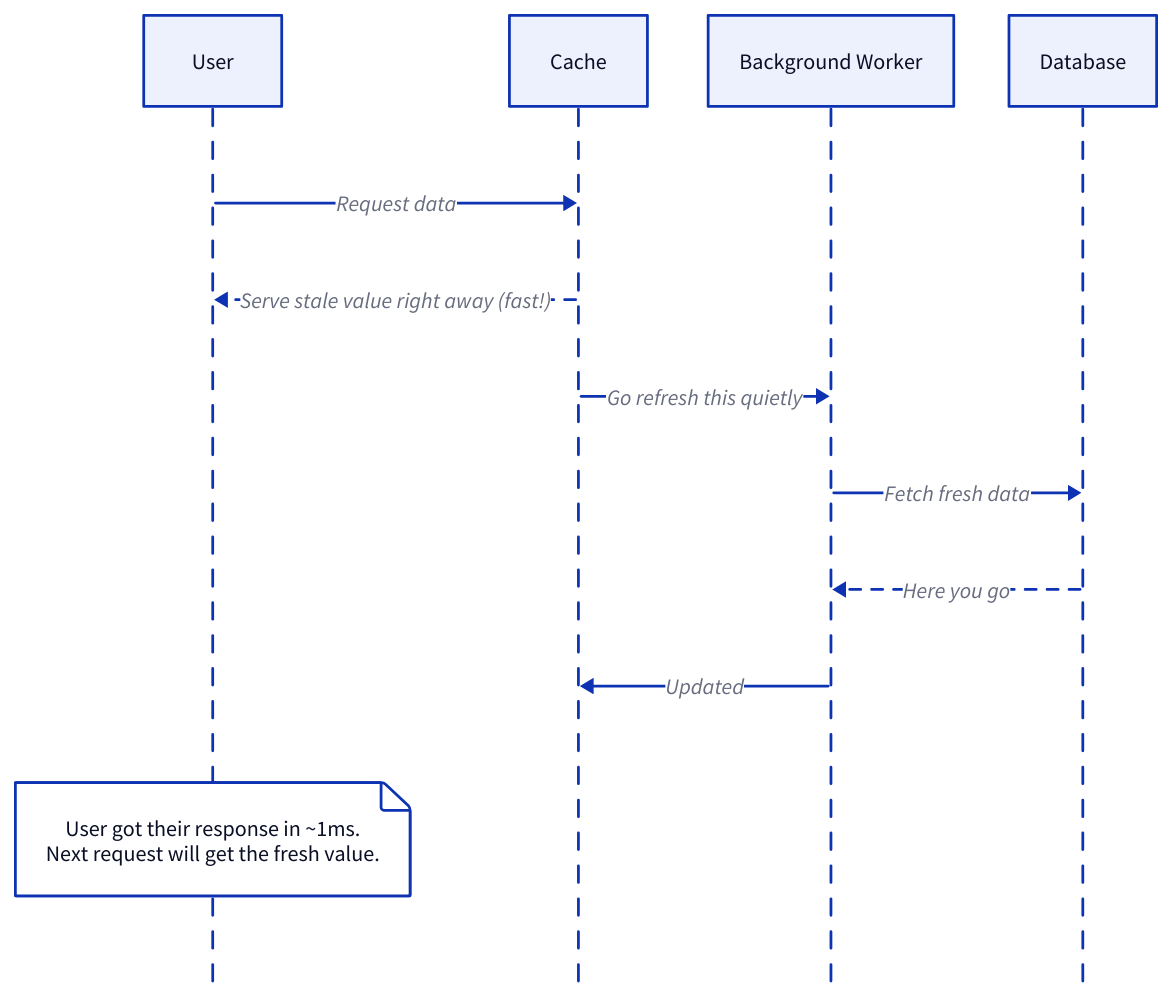
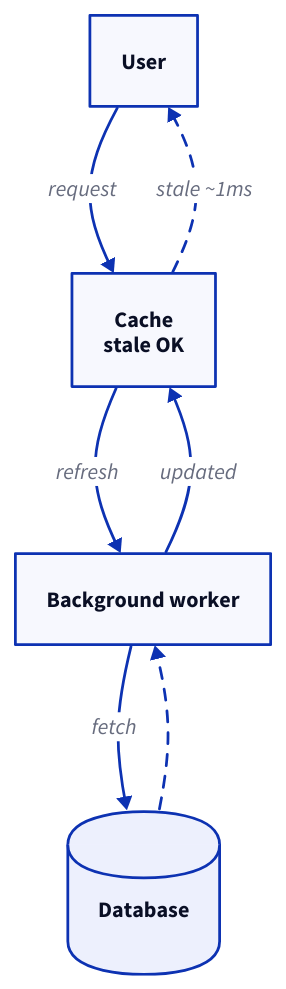
One commit to g-savitha/gsavitha.in changed the third of 5 diagrams in src/content/blog/caching-strategies.md. Above: the diagram before and after it, drawn with D2. The commit also changed other lines of this file and 11 other files, not shown here.

````diff
--- a/src/content/blog/caching-strategies.md
+++ b/src/content/blog/caching-strategies.md
@@ -264,14 +255,13 @@
 ```d2
-shape: sequence_diagram
-User: User
-Cache: Cache
-Worker: "Background Worker"
-Database: Database
-User -> Cache: "Request data"
-Cache -> User: "Serve stale value right away (fast!)" {style.stroke-dash: 4}
-Cache -> Worker: "Go refresh this quietly"
-Worker -> Database: "Fetch fresh data"
-Database -> Worker: "Here you go" {style.stroke-dash: 4}
-Worker -> Cache: Updated
-User.note: "User got their response in ~1ms.\nNext request will get the fresh value."
+direction: down
+User: User {class: primary}
+Cache: "Cache\nstale OK" {class: accent}
+Worker: "Background worker" {class: info}
+DB: Database {shape: cylinder; class: secondary}
+User -> Cache: request
+Cache -> User: "stale ~1ms" {style.stroke-dash: 4}
+Cache -> Worker: refresh
+Worker -> DB: fetch
+DB -> Worker {style.stroke-dash: 4}
+Worker -> Cache: updated
 ```
````
